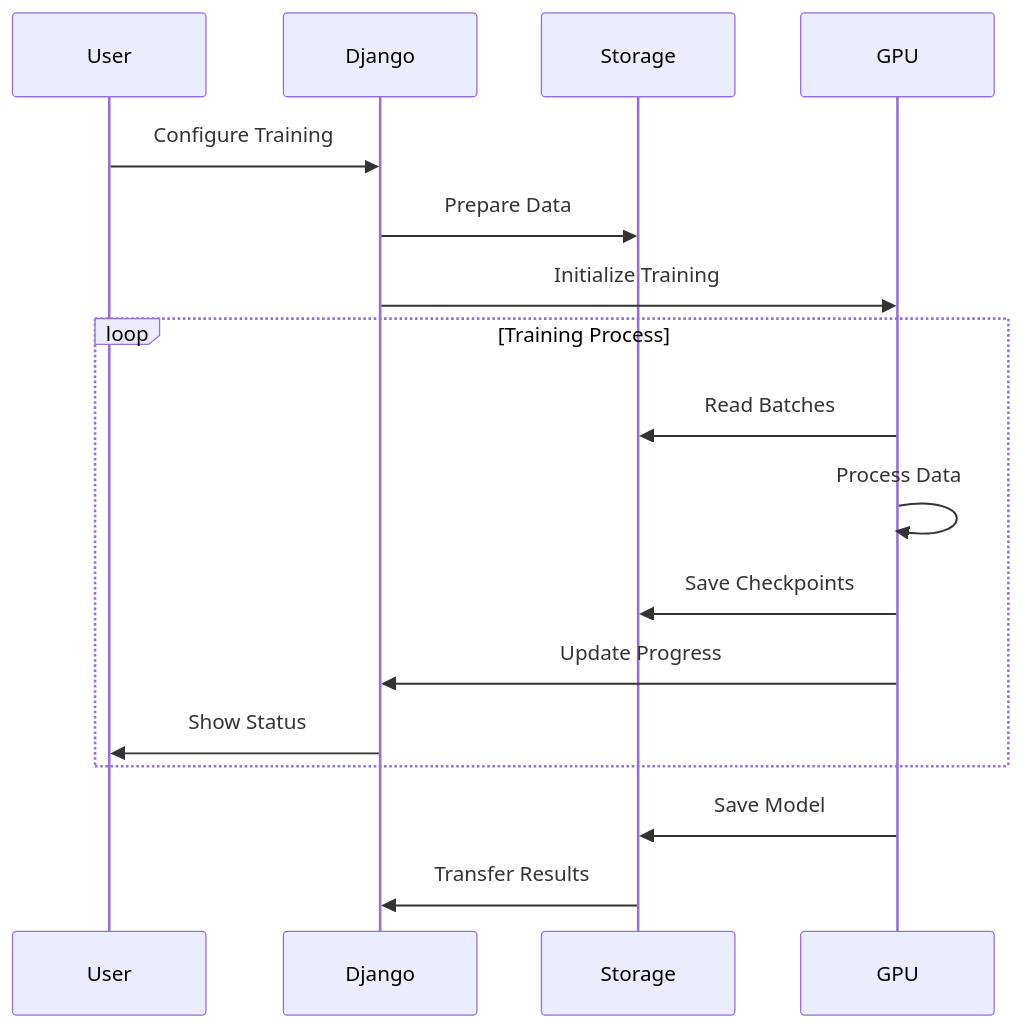
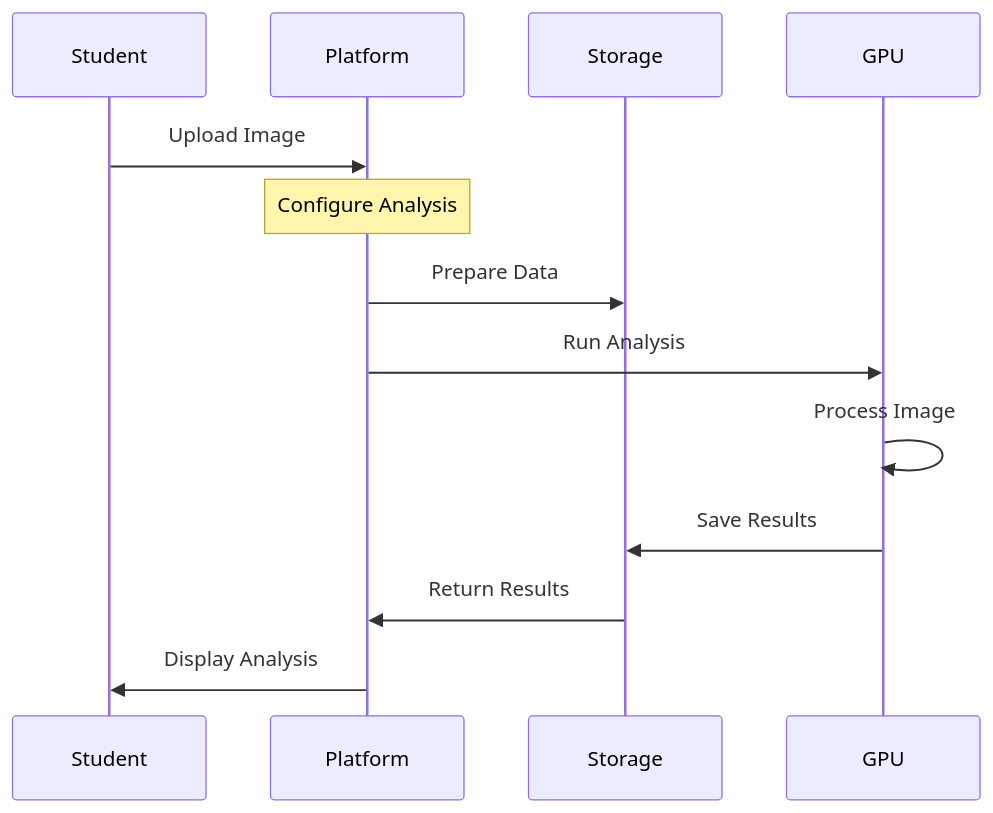
Before and after one commit to frontierbio-tech/frontierbio-tech.github.io: the third of 4 diagrams in test2.md, drawn with Mermaid. The commit also changed other lines of this file, not shown here.

````diff
--- a/test2.md
+++ b/test2.md
@@ -147,22 +117,19 @@
 ```mermaid
 sequenceDiagram
-    participant User
-    participant Django
+    participant Student
+    participant Platform
     participant Storage
     participant GPU
 
-    User->>Django: Configure Training
-    Django->>Storage: Prepare Data
-    Django->>GPU: Initialize Training
+    Student->>Platform: Upload Image
+    Note over Platform: Configure Analysis
     
-    loop Training Process
-        GPU->>Storage: Read Batches
-        GPU->>GPU: Process Data
-        GPU->>Storage: Save Checkpoints
-        GPU->>Django: Update Progress
-        Django->>User: Show Status
-    end
+    Platform->>Storage: Prepare Data
+    Platform->>GPU: Run Analysis
     
-    GPU->>Storage: Save Model
-    Storage->>Django: Transfer Results
+    GPU->>GPU: Process Image
+    GPU->>Storage: Save Results
+    
+    Storage->>Platform: Return Results
+    Platform->>Student: Display Analysis
 ```
````
